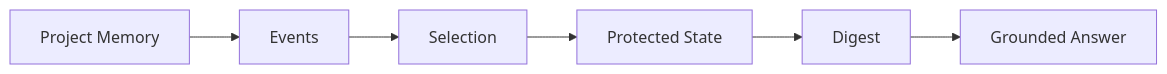
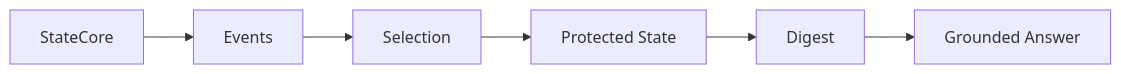
One commit to yul761/StateCore changed the second of 3 diagrams in README.md. Above: the diagram before and after it, drawn with Mermaid. The commit also changed other lines of this file and 93 other files, not shown here.

Commit message:
Rename project branding to StateCore

````diff
--- a/README.md
+++ b/README.md
@@ -131,8 +131,8 @@
 ```mermaid
 flowchart LR
-  E[Project Memory] --> F[Events]
+  E[StateCore] --> F[Events]
   F --> G[Selection]
   G --> H[Protected State]
   H --> I[Digest]
   I --> J[Grounded Answer]
 ```
````
